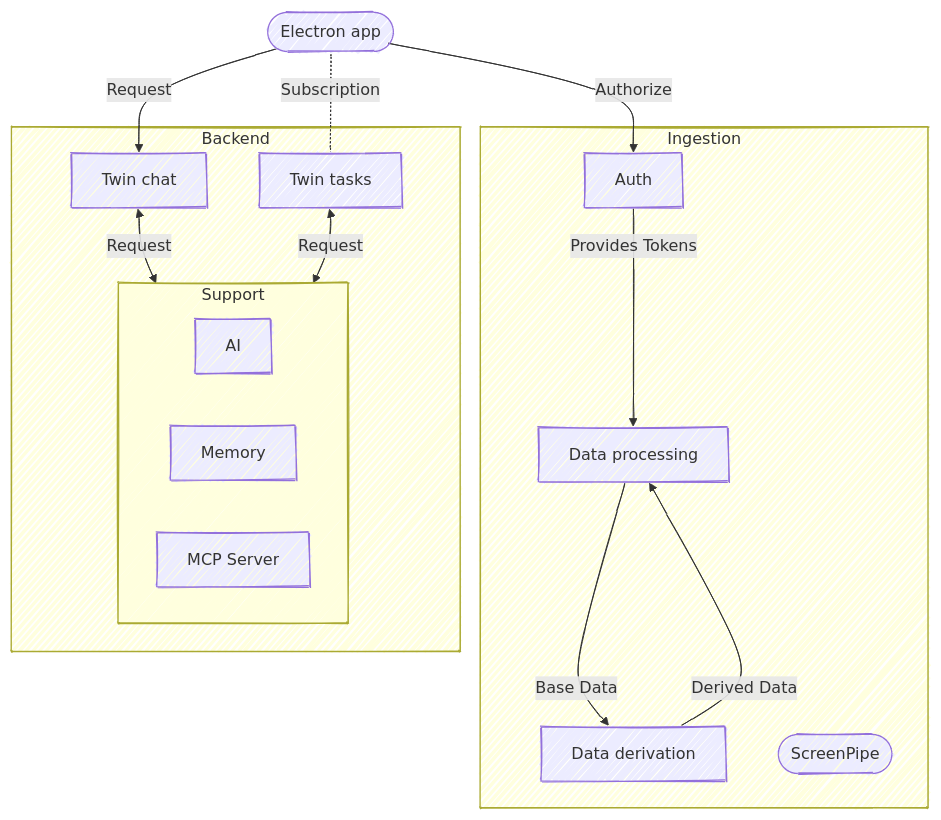
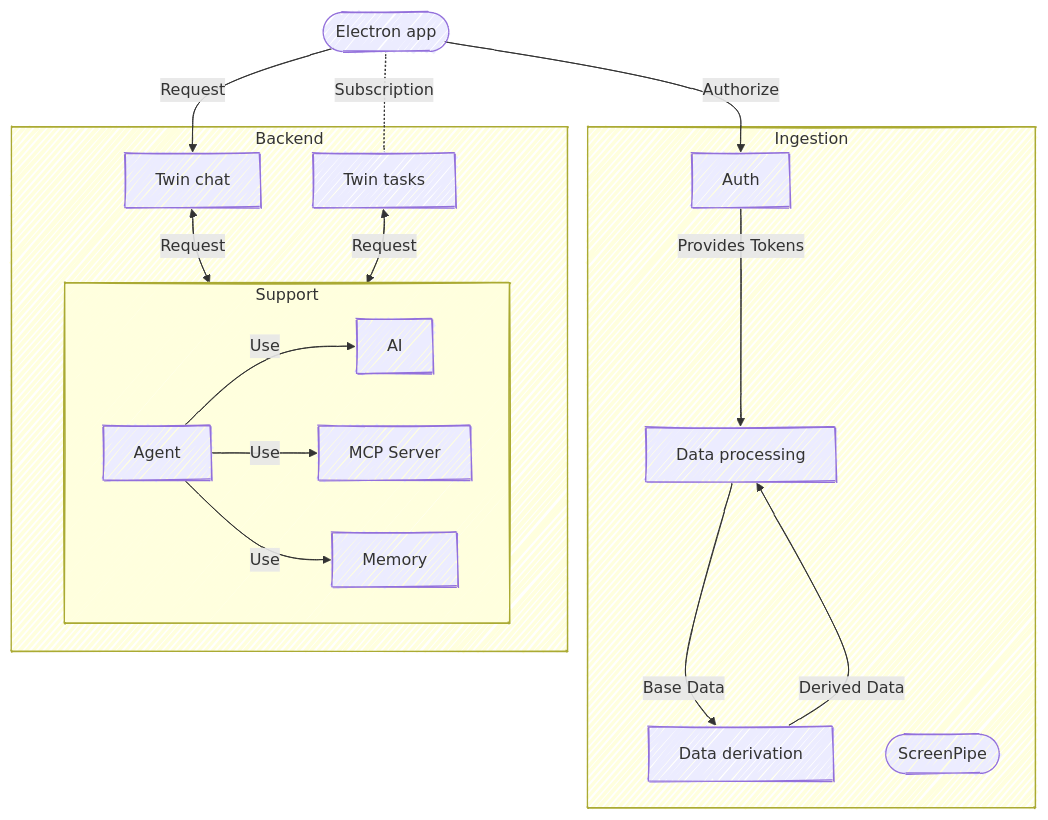
One commit to EternisAI/enchanted-twin changed the first of 3 diagrams in SOFTWARE_ARCHITECTURE.md. Above: the diagram before and after it, drawn with Mermaid. The commit also changed other lines of this file, not shown here.

Commit message:
Minor changes...

````diff
--- a/SOFTWARE_ARCHITECTURE.md
+++ b/SOFTWARE_ARCHITECTURE.md
@@ -65,39 +61,40 @@
 ```mermaid
 ---
 config:
   layout: dagre
   look: handDrawn
   theme: light
 ---
 flowchart TD
     App([Electron app])
 
     subgraph Ingestion
       OAuth[Auth]
       Fetching[Data processing]
       DataDerivation[Data derivation]
       ScreenPipe([ScreenPipe])
+      OAuth -- Provides Tokens --> Fetching
+      Fetching -- Base Data --> DataDerivation
+      DataDerivation -- Derived Data --> Fetching
     end
 
     subgraph Backend
-        Agent[Twin tasks]
+        Tasks[Twin tasks]
         Chat[Twin chat]
         subgraph Support
-            LLM[AI]
-            Augmentation[Memory]
+            Agent
+            AI[AI]
+            Memory[Memory]
             MCP[MCP Server]
+            Agent -- Use --> AI
+            Agent -- Use --> MCP
+            Agent -- Use --> Memory
         end
+        Chat <-- Request --> Support
+        Tasks <-- Request --> Support
     end
-
+    
     App -- Authorize --> OAuth
     App -- Request --> Chat
-    App -.-|Subscription| Agent
-
-    Chat <-- Request --> Support
-    Agent <-- Request --> Support
-
-    OAuth -- Provides Tokens --> Fetching
-
-    Fetching -- Base Data --> DataDerivation
-    DataDerivation -- Derived Data --> Fetching
+    App -.-|Subscription| Tasks
 ```
````
